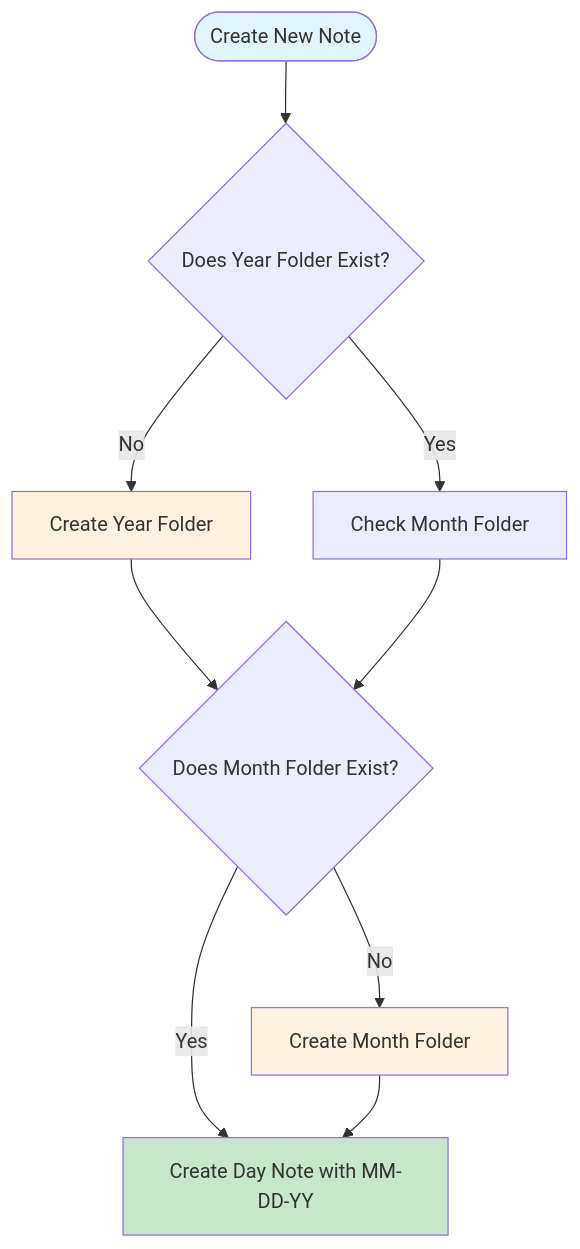
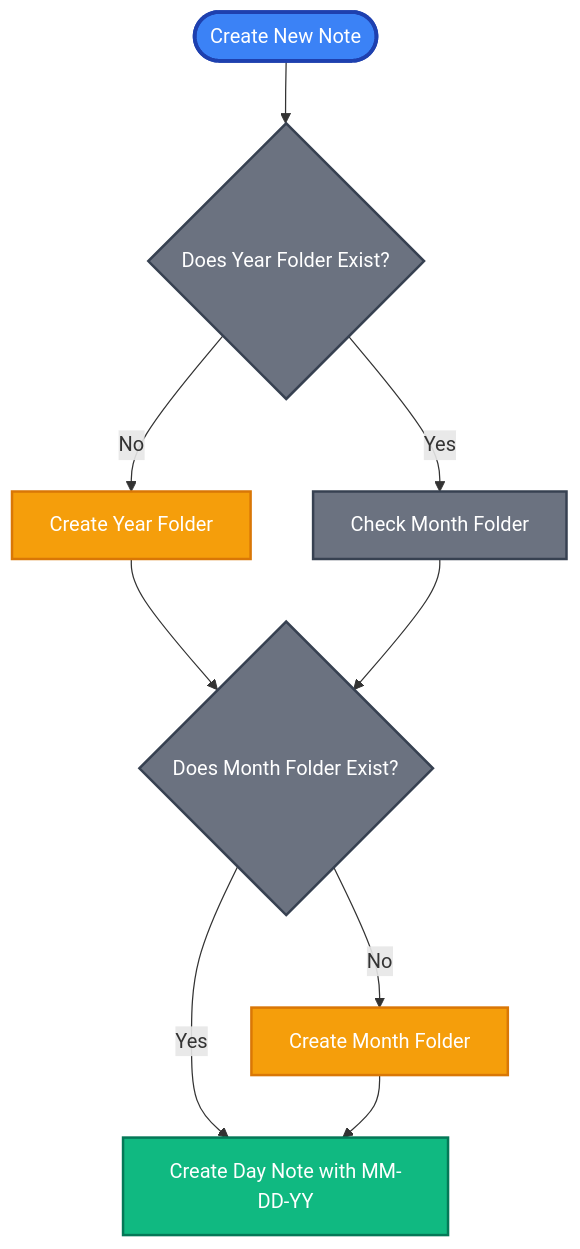
Before and after one commit to zavalalabs/zavalalabs.github.io: the diagram in _posts/2024-04-27-Obsidian-A-Journey.md, drawn with Mermaid.

Commit message:
Enhance flowchart color coding for improved visualization in Obsidian A Journey post

````diff
--- a/_posts/2024-04-27-Obsidian-A-Journey.md
+++ b/_posts/2024-04-27-Obsidian-A-Journey.md
@@ -85,16 +85,20 @@
 ```mermaid
 flowchart TD
     A(["Create New Note"]) --> B{"Does Year Folder Exist?"}
     B -->|No| E["Create Year Folder"]
     B -->|Yes| F["Check Month Folder"]
     E --> G{"Does Month Folder Exist?"}
     F --> G
     G -->|Yes| J["Create Day Note with MM-DD-YY"]
     G -->|No| K["Create Month Folder"]
     K --> J
     
-    style A fill:#e1f5fe
-    style J fill:#c8e6c9
-    style E fill:#fff3e0
-    style K fill:#fff3e0
+    %% Color coding: Blue=Start, Green=Success, Orange=Action, Gray=Decision
+    style A fill:#3b82f6,stroke:#1e40af,stroke-width:3px,color:#ffffff
+    style J fill:#10b981,stroke:#047857,stroke-width:2px,color:#ffffff
+    style E fill:#f59e0b,stroke:#d97706,stroke-width:2px,color:#ffffff
+    style K fill:#f59e0b,stroke:#d97706,stroke-width:2px,color:#ffffff
+    style B fill:#6b7280,stroke:#374151,stroke-width:2px,color:#ffffff
+    style F fill:#6b7280,stroke:#374151,stroke-width:2px,color:#ffffff
+    style G fill:#6b7280,stroke:#374151,stroke-width:2px,color:#ffffff
 ```
````
